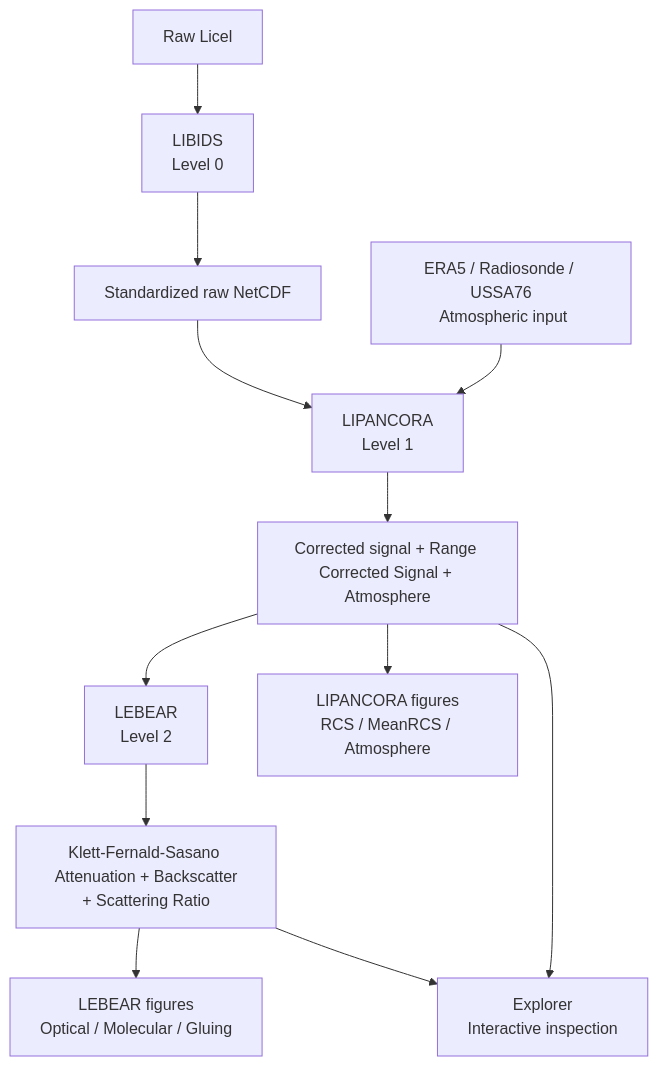
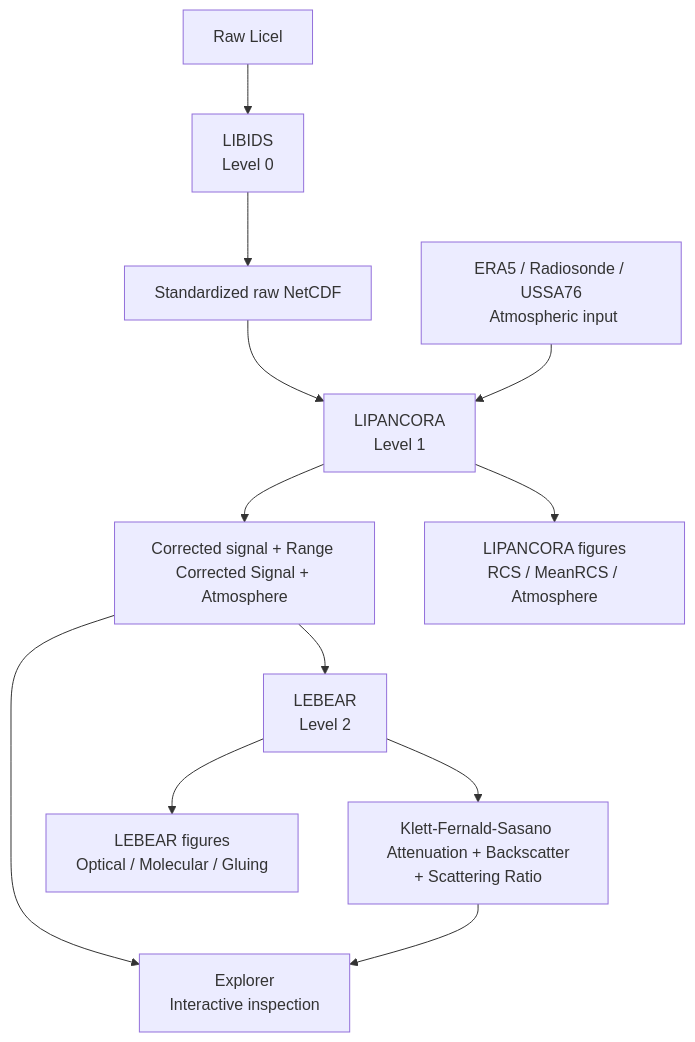
The diagram in README.md (spulidar/milgrau), drawn with Mermaid before and after one commit.

````diff
--- a/README.md
+++ b/README.md
@@ -10,14 +10,14 @@
 ```mermaid
 flowchart TD
     R[Raw Licel] --> L0[LIBIDS\nLevel 0]
     L0 --> N0[Standardized raw NetCDF]
     N0 --> L1[LIPANCORA\nLevel 1]
     M[ERA5 / Radiosonde / USSA76\n Atmospheric input] --> L1
     L1 --> N1[Corrected signal + Range Corrected Signal + Atmosphere]
     N1 --> L2[LEBEAR\nLevel 2]
     L2 --> N2[Klett-Fernald-Sasano \n Attenuation + Backscatter + Scattering Ratio]
-    N1 --> F1[LIPANCORA figures\nRCS / MeanRCS / Atmosphere]
-    N2 --> F2[LEBEAR figures\nOptical / Molecular / Gluing]
+    L1 --> F1[LIPANCORA figures\nRCS / MeanRCS / Atmosphere]
+    L2 --> F2[LEBEAR figures\nOptical / Molecular / Gluing]
     N1 --> V[Explorer\nInteractive inspection]
     N2 --> V
 ```
````
